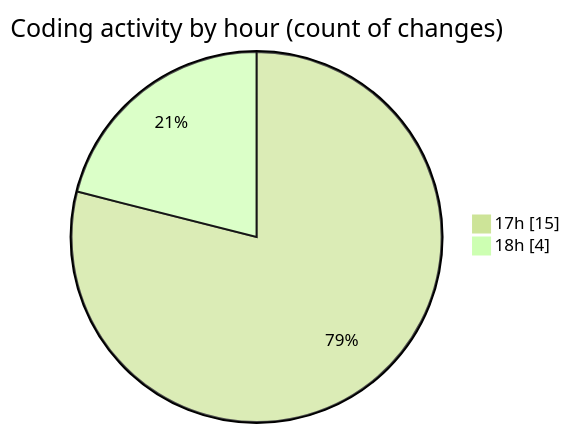
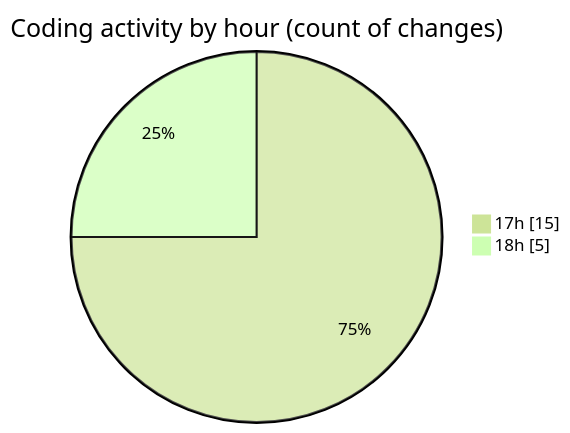
One commit to Unknowalive/code-tracking changed the second of 2 diagrams in 2026-08-27/immersive_codes/README.md. Above: the diagram before and after it, drawn with Mermaid (forest theme). The commit also changed other lines of this file and 1 other file, not shown here.

````diff
--- a/2026-08-27/immersive_codes/README.md
+++ b/2026-08-27/immersive_codes/README.md
@@ -30,6 +31,6 @@
 ```mermaid
 pie showData
 title Coding activity by hour (count of changes)
 "17h" : 15
-"18h" : 4
+"18h" : 5
 ```
````
